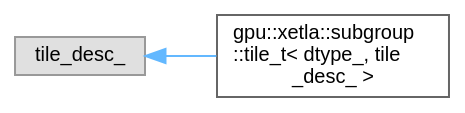
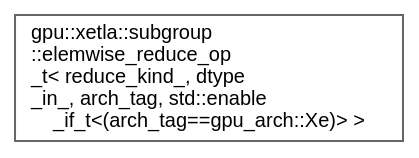
Before and after one commit to intel/xetla: the diagram in docs/inherit_graph_314.dot, drawn with Graphviz. The commit also changed 5168 other files, not shown here.

```diff
--- a/docs/inherit_graph_314.dot
+++ b/docs/inherit_graph_314.dot
@@ -1,11 +1,9 @@
 digraph "Graphical Class Hierarchy"
 {
  // LATEX_PDF_SIZE
   bgcolor="transparent";
   edge [fontname=Helvetica,fontsize=10,labelfontname=Helvetica,labelfontsize=10];
   node [fontname=Helvetica,fontsize=10,shape=box,height=0.2,width=0.4];
   rankdir="LR";
-  Node0 [id="Node000000",label="tile_desc_",height=0.2,width=0.4,color="grey60", fillcolor="#E0E0E0", style="filled",tooltip=" "];
-  Node0 -> Node1 [id="edge16_Node000000_Node000001",dir="back",color="steelblue1",style="solid",tooltip=" "];
-  Node1 [id="Node000001",label="gpu::xetla::subgroup\l::tile_t\< dtype_, tile\l_desc_ \>",height=0.2,width=0.4,color="grey40", fillcolor="white", style="filled",URL="$structgpu_1_1xetla_1_1subgroup_1_1tile__t.html",tooltip="Is a struct contains some register file."];
+  Node0 [id="Node000000",label="gpu::xetla::subgroup\l::elemwise_reduce_op\l_t\< reduce_kind_, dtype\l_in_, arch_tag, std::enable\l_if_t\<(arch_tag==gpu_arch::Xe)\> \>",height=0.2,width=0.4,color="grey40", fillcolor="white", style="filled",URL="$structgpu_1_1xetla_1_1subgroup_1_1elemwise__reduce__op__t_3_01reduce__kind___00_01dtype__in___0000aff90b87f89c56f96d72d3fdd6c878.html",tooltip="Is the element-wise reduce op functor, specialized for Xe architecture."];
 }
```
